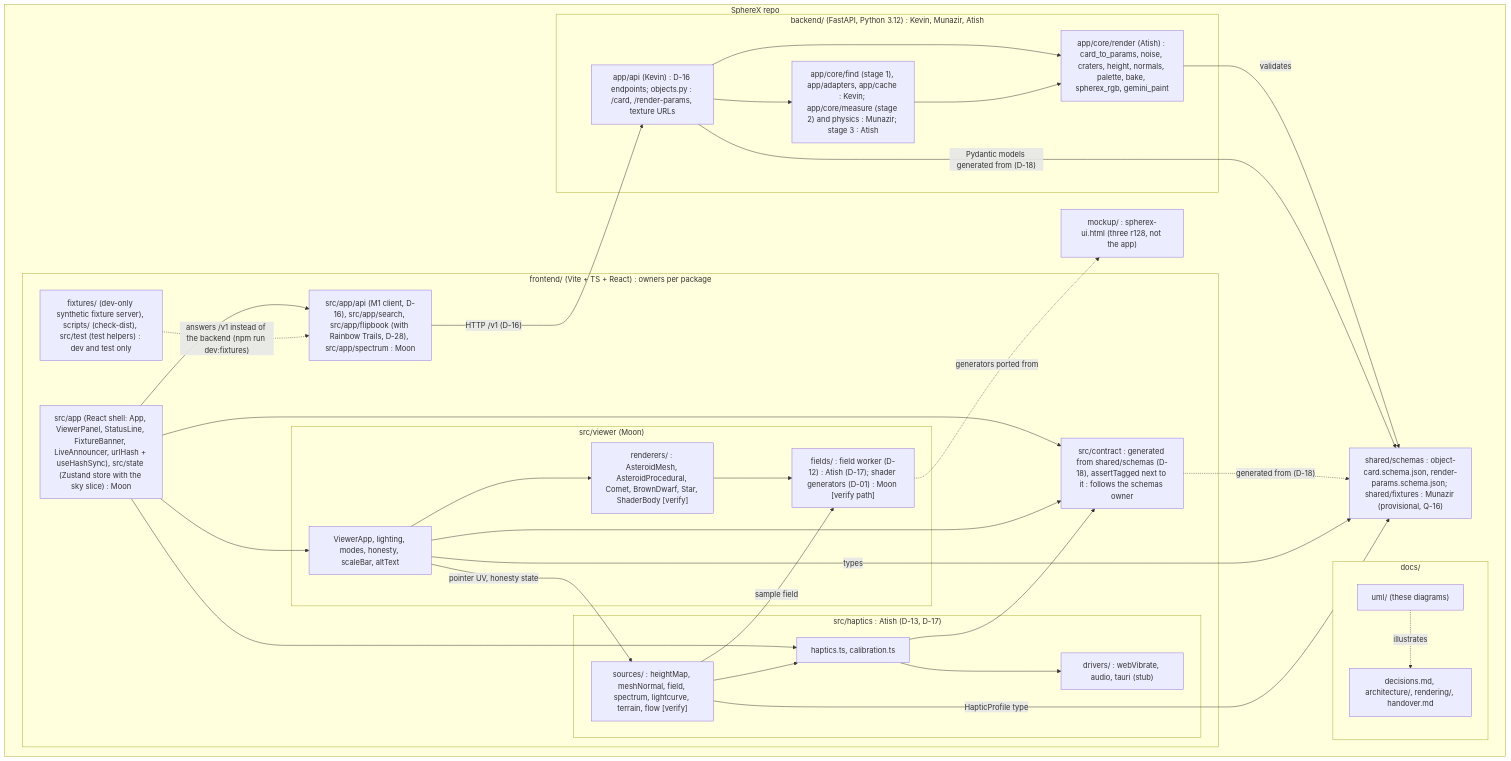
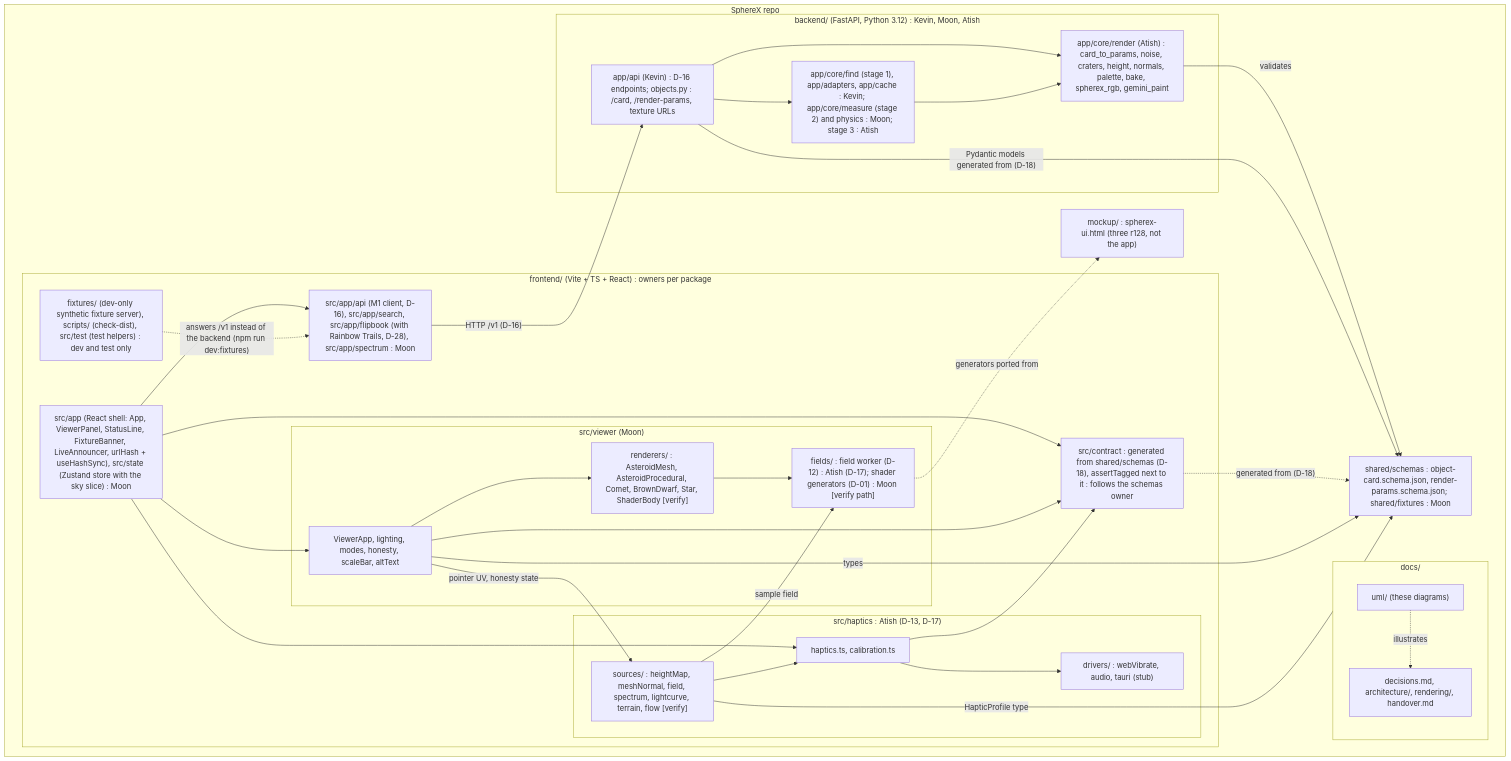
Before and after one commit to 0ffrian/SphereX: the diagram in docs/uml/04-package.md, drawn with Mermaid. The commit also changed other lines of this file and 9 other files, not shown here.

First line of the commit message:
Record milestone owners (D-30) and merge Munazir into Moon

````diff
--- a/docs/uml/04-package.md
+++ b/docs/uml/04-package.md
@@ -5,62 +5,62 @@
 ```mermaid
 flowchart TB
   subgraph Repo["SphereX repo"]
     subgraph Docs["docs/"]
       DocSpecs["decisions.md, architecture/, rendering/, handover.md"]
       DocUML["uml/ (these diagrams)"]
     end
 
     Mockup["mockup/ : spherex-ui.html (three r128, not the app)"]
 
-    subgraph Backend["backend/ (FastAPI, Python 3.12) : Kevin, Munazir, Atish"]
+    subgraph Backend["backend/ (FastAPI, Python 3.12) : Kevin, Moon, Atish"]
       BApi["app/api (Kevin) : D-16 endpoints; objects.py : /card, /render-params, texture URLs"]
-      BPipe["app/core/find (stage 1), app/adapters, app/cache : Kevin; app/core/measure (stage 2) and physics : Munazir; stage 3 : Atish"]
+      BPipe["app/core/find (stage 1), app/adapters, app/cache : Kevin; app/core/measure (stage 2) and physics : Moon; stage 3 : Atish"]
       BRender["app/core/render (Atish) : card_to_params, noise, craters, height, normals, palette, bake, spherex_rgb, gemini_paint"]
     end
 
     subgraph Frontend["frontend/ (Vite + TS + React) : owners per package"]
       FApp["src/app (React shell: App, ViewerPanel, StatusLine, FixtureBanner, LiveAnnouncer, urlHash + useHashSync), src/state (Zustand store with the sky slice) : Moon"]
       FFlip["src/app/api (M1 client, D-16), src/app/search, src/app/flipbook (with Rainbow Trails, D-28), src/app/spectrum : Moon"]
       FDev["fixtures/ (dev-only synthetic fixture server), scripts/ (check-dist), src/test (test helpers) : dev and test only"]
       FContract["src/contract : generated from shared/schemas (D-18), assertTagged next to it : follows the schemas owner"]
       subgraph FViewer["src/viewer (Moon)"]
         VCore["ViewerApp, lighting, modes, honesty, scaleBar, altText"]
         VRend["renderers/ : AsteroidMesh, AsteroidProcedural, Comet, BrownDwarf, Star, ShaderBody [verify]"]
         VFields["fields/ : field worker (D-12) : Atish (D-17); shader generators (D-01) : Moon [verify path]"]
       end
       subgraph FHaptics["src/haptics : Atish (D-13, D-17)"]
         HCore["haptics.ts, calibration.ts"]
         HDrivers["drivers/ : webVibrate, audio, tauri (stub)"]
         HSources["sources/ : heightMap, meshNormal, field, spectrum, lightcurve, terrain, flow [verify]"]
       end
     end
 
-    Schemas["shared/schemas : object-card.schema.json, render-params.schema.json; shared/fixtures : Munazir (provisional, Q-16)"]
+    Schemas["shared/schemas : object-card.schema.json, render-params.schema.json; shared/fixtures : Moon"]
   end
 
   DocUML -.->|"illustrates"| DocSpecs
   BApi --> BPipe
   BApi --> BRender
   BPipe --> BRender
   BRender -->|"validates"| Schemas
   BApi -->|"Pydantic models generated from (D-18)"| Schemas
 
   FApp --> VCore
   FApp --> FContract
   VCore --> FContract
   HCore --> FContract
   FContract -.->|"generated from (D-18)"| Schemas
   FApp --> HCore
   FApp --> FFlip
   FFlip -->|"HTTP /v1 (D-16)"| BApi
   FDev -.->|"answers /v1 instead of the backend (npm run dev:fixtures)"| FFlip
   VCore --> VRend
   VRend --> VFields
   VCore -->|"pointer UV, honesty state"| HSources
   HSources --> HCore
   HSources -->|"sample field"| VFields
   HCore --> HDrivers
   VCore -->|"types"| Schemas
   HSources -->|"HapticProfile type"| Schemas
   VFields -.->|"generators ported from"| Mockup
 ```
````
